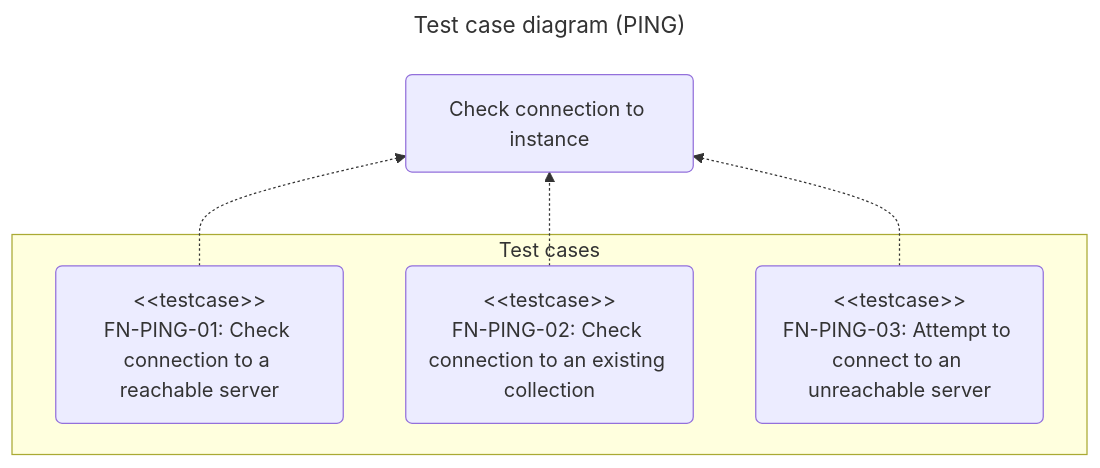
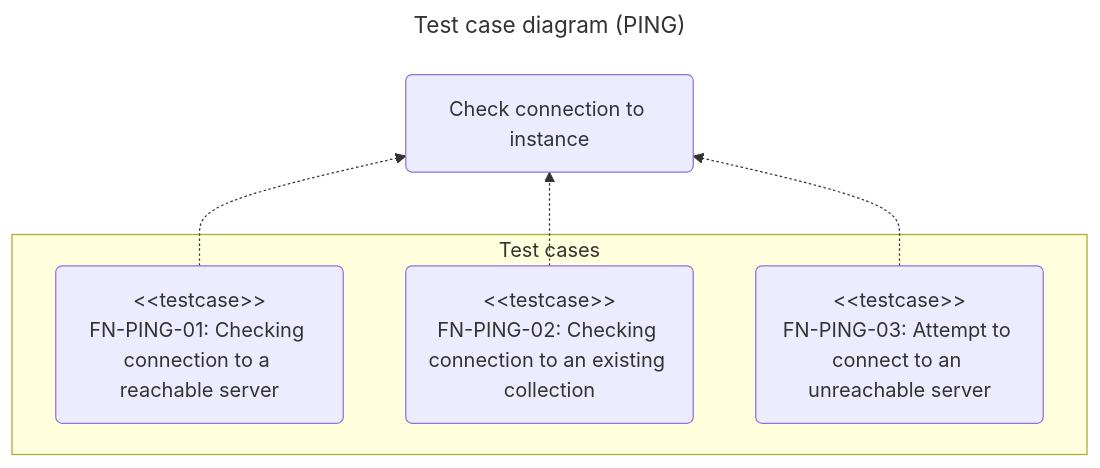
One commit to chromiodev/chromie-tool changed the fifth of 8 diagrams in docs/spec/tests/functional.en.md. Above: the diagram before and after it, drawn with Mermaid. The commit also changed other lines of this file and 5 other files, not shown here.

````diff
--- a/docs/spec/tests/functional.en.md
+++ b/docs/spec/tests/functional.en.md
@@ -466,20 +519,20 @@
 ```mermaid
 ---
 title: Test case diagram (PING)
 config:
 ---
 
 graph BT
   %% use cases
   pingServer@{ shape: "rounded", label: "Check connection to instance" }
 
   subgraph "Test cases"
-    pingReachableServer@{ shape: "rounded", label: "#lt;#lt;testcase>><br>FN-PING-01: Check connection to a reachable server" }
-    pingReachableColl@{ shape: "rounded", label: "#lt;#lt;testcase>><br>FN-PING-02: Check connection to an existing collection" }
+    pingReachableServer@{ shape: "rounded", label: "#lt;#lt;testcase>><br>FN-PING-01: Checking connection to a reachable server" }
+    pingReachableColl@{ shape: "rounded", label: "#lt;#lt;testcase>><br>FN-PING-02: Checking connection to an existing collection" }
     pingUnreachableServer@{ shape: "rounded", label: "#lt;#lt;testcase>><br>FN-PING-03: Attempt to connect to an unreachable server" }
   end
 
   pingReachableServer -.-> pingServer
   pingReachableColl -.-> pingServer
   pingUnreachableServer -.-> pingServer
 ```
````
